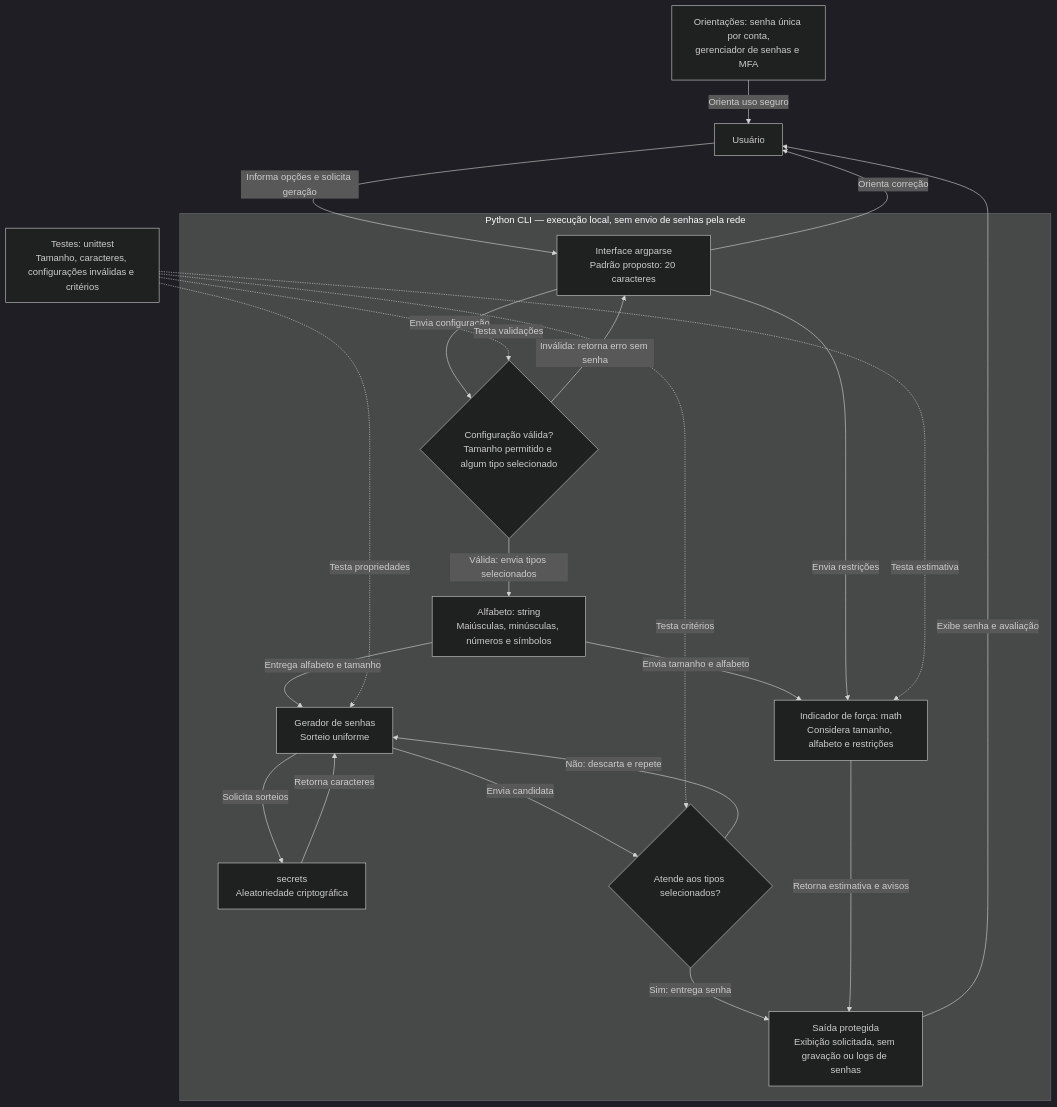
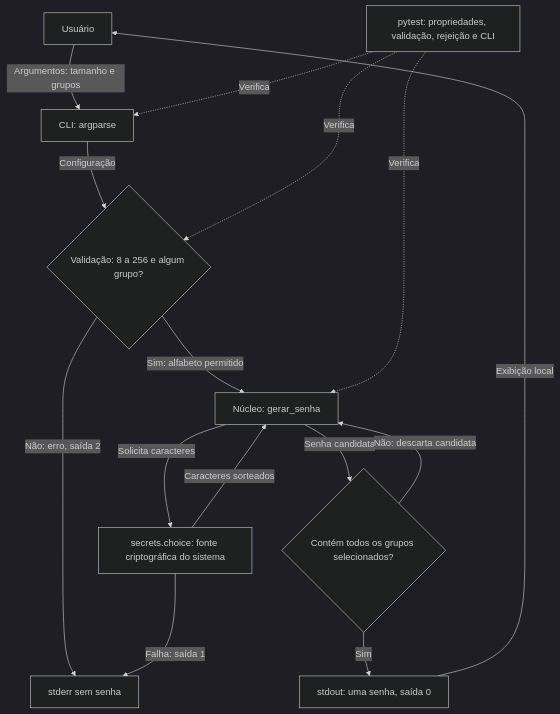
One commit to andreborten/gerador-senhas changed the diagram in docs/arquitetura.mmd. Above: the diagram before and after it, drawn with Mermaid (dark theme). The commit also changed 10 other files, not shown here.

Commit message:
feat: completa escopo do MVP e selecao de caracteres com testes

```diff
--- a/docs/arquitetura.mmd
+++ b/docs/arquitetura.mmd
@@ -1,33 +1,15 @@
 flowchart TD
-    U["Usuário"]
-    subgraph LOCAL["Python CLI — execução local, sem envio de senhas pela rede"]
-        CLI["Interface argparse<br/>Padrão proposto: 20 caracteres"]
-        V{"Configuração válida?<br/>Tamanho permitido e algum tipo selecionado"}
-        A["Alfabeto: string<br/>Maiúsculas, minúsculas, números e símbolos"]
-        G["Gerador de senhas<br/>Sorteio uniforme"]
-        S["secrets<br/>Aleatoriedade criptográfica"]
-        C{"Atende aos tipos selecionados?"}
-        F["Indicador de força: math<br/>Considera tamanho, alfabeto e restrições"]
-        O["Saída protegida<br/>Exibição solicitada, sem gravação ou logs de senhas"]
-    end
-    U -->|"Informa opções e solicita geração"| CLI
-    CLI -->|"Envia configuração"| V
-    V -->|"Inválida: retorna erro sem senha"| CLI
-    CLI -->|"Orienta correção"| U
-    V -->|"Válida: envia tipos selecionados"| A
-    A -->|"Entrega alfabeto e tamanho"| G
-    G -->|"Solicita sorteios"| S
-    S -->|"Retorna caracteres"| G
-    G -->|"Envia candidata"| C
-    C -->|"Não: descarta e repete"| G
-    C -->|"Sim: entrega senha"| O
-    A -->|"Envia tamanho e alfabeto"| F
-    CLI -->|"Envia restrições"| F
-    F -->|"Retorna estimativa e avisos"| O
-    O -->|"Exibe senha e avaliação"| U
-    R["Orientações: senha única por conta,<br/>gerenciador de senhas e MFA"] -->|"Orienta uso seguro"| U
-    T["Testes: unittest<br/>Tamanho, caracteres, configurações inválidas e critérios"]
-    T -.->|"Testa validações"| V
-    T -.->|"Testa propriedades"| G
-    T -.->|"Testa critérios"| C
-    T -.->|"Testa estimativa"| F
+    U["Usuário"] -->|"Argumentos: tamanho e grupos"| CLI["CLI: argparse"]
+    CLI -->|"Configuração"| V{"Validação: 8 a 256 e algum grupo?"}
+    V -->|"Não: erro, saída 2"| E["stderr sem senha"]
+    V -->|"Sim: alfabeto permitido"| G["Núcleo: gerar_senha"]
+    G -->|"Solicita caracteres"| S["secrets.choice: fonte criptográfica do sistema"]
+    S -->|"Caracteres sorteados"| G
+    S -->|"Falha: saída 1"| E
+    G -->|"Senha candidata"| C{"Contém todos os grupos selecionados?"}
+    C -->|"Não: descarta candidata"| G
+    C -->|"Sim"| O["stdout: uma senha, saída 0"]
+    O -->|"Exibição local"| U
+    T["pytest: propriedades, validação, rejeição e CLI"] -.->|"Verifica"| V
+    T -.->|"Verifica"| G
+    T -.->|"Verifica"| CLI
```
